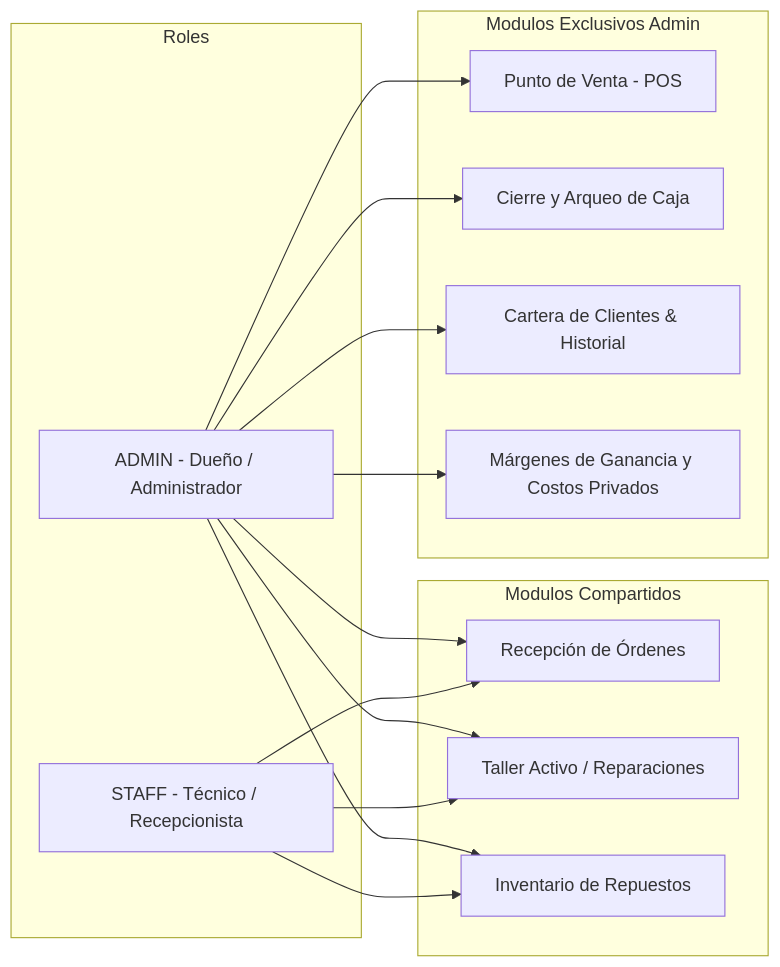
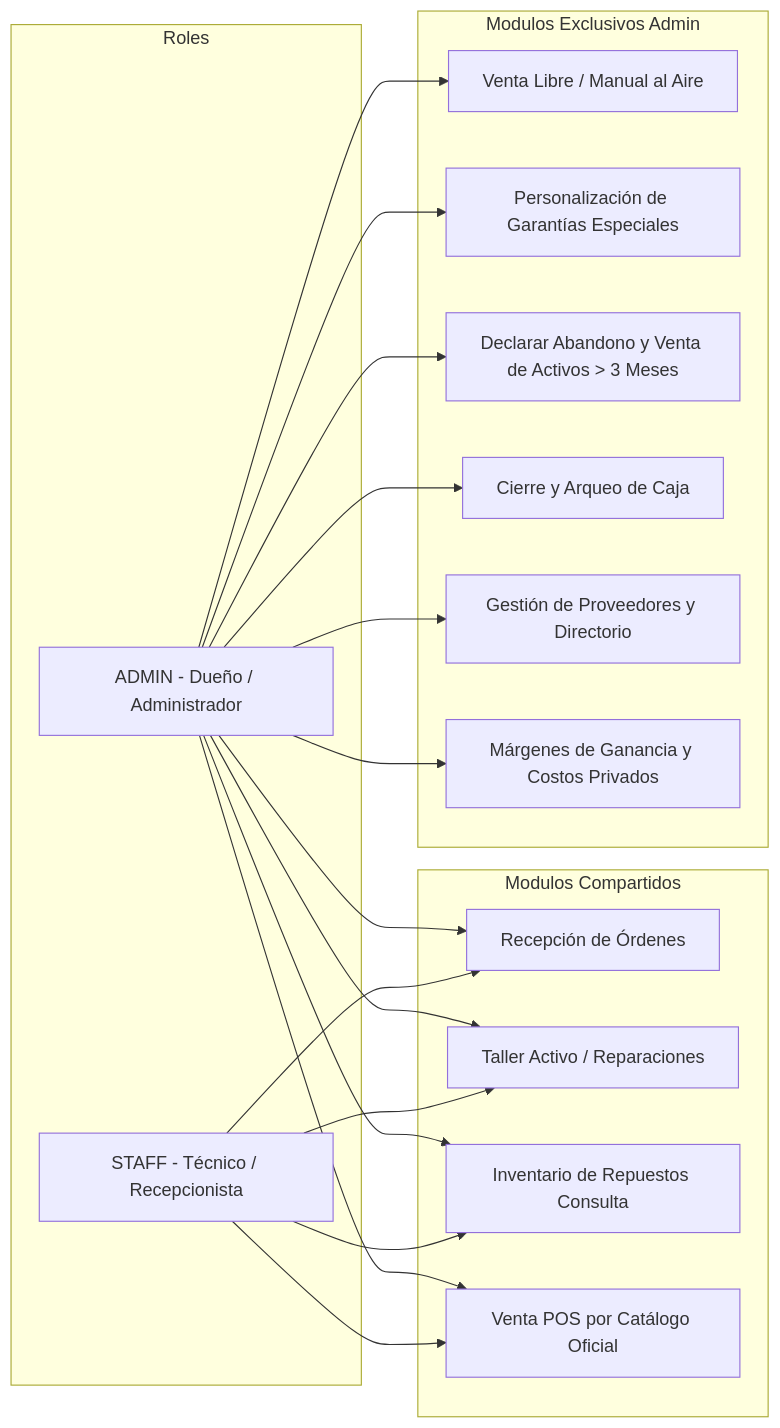
The first of 2 diagrams in Docs/01_MODELO_DE_NEGOCIO.md (AireyuC/proyectoPF), drawn with Mermaid before and after one commit. The commit also changed other lines of this file and 15 other files, not shown here.

````diff
--- a/Docs/01_MODELO_DE_NEGOCIO.md
+++ b/Docs/01_MODELO_DE_NEGOCIO.md
@@ -18,32 +19,39 @@
 ```mermaid
 graph LR
     subgraph Roles
         ADMIN[ADMIN - Dueño / Administrador]
         STAFF[STAFF - Técnico / Recepcionista]
     end
 
     subgraph Modulos Compartidos
         R1[Recepción de Órdenes]
         R2[Taller Activo / Reparaciones]
-        R3[Inventario de Repuestos]
+        R3[Inventario de Repuestos Consulta]
+        R4[Venta POS por Catálogo Oficial]
     end
 
     subgraph Modulos Exclusivos Admin
-        A1[Punto de Venta - POS]
-        A2[Cierre y Arqueo de Caja]
-        A3[Cartera de Clientes & Historial]
-        A4[Márgenes de Ganancia y Costos Privados]
+        A1[Venta Libre / Manual al Aire]
+        A2[Personalización de Garantías Especiales]
+        A3[Declarar Abandono y Venta de Activos > 3 Meses]
+        A4[Cierre y Arqueo de Caja]
+        A5[Gestión de Proveedores y Directorio]
+        A6[Márgenes de Ganancia y Costos Privados]
     end
 
     STAFF --> R1
     STAFF --> R2
     STAFF --> R3
+    STAFF --> R4
 
     ADMIN --> R1
     ADMIN --> R2
     ADMIN --> R3
+    ADMIN --> R4
     ADMIN --> A1
     ADMIN --> A2
     ADMIN --> A3
     ADMIN --> A4
+    ADMIN --> A5
+    ADMIN --> A6
 ```
````
